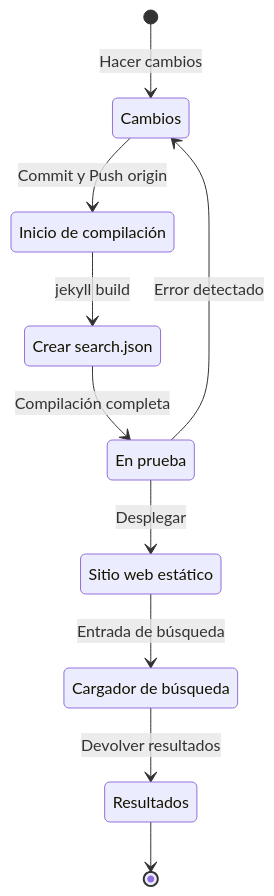
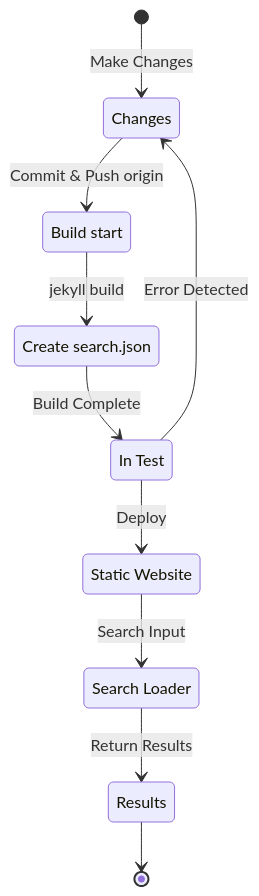
One commit to yunseo-kim/yunseo-kim.github.io changed the diagram in _posts/es/2024-11-25-how-to-support-multi-language-on-jekyll-blog-with-polyglot-2.md. Above: the diagram before and after it, drawn with Mermaid. The commit also changed other lines of this file and 84 other files, not shown here.

````diff
--- a/_posts/es/2024-11-25-how-to-support-multi-language-on-jekyll-blog-with-polyglot-2.md
+++ b/_posts/es/2024-11-25-how-to-support-multi-language-on-jekyll-blog-with-polyglot-2.md
@@ -326,20 +321,20 @@
 ```mermaid
 stateDiagram
-  state "Cambios" as CH
-  state "Inicio de compilación" as BLD
-  state "Crear search.json" as IDX
-  state "Sitio web estático" as DEP
-  state "En prueba" as TST
-  state "Cargador de búsqueda" as SCH
-  state "Resultados" as R
+  state "Changes" as CH
+  state "Build start" as BLD
+  state "Create search.json" as IDX
+  state "Static Website" as DEP
+  state "In Test" as TST
+  state "Search Loader" as SCH
+  state "Results" as R
     
-  [*] --> CH: Hacer cambios
-  CH --> BLD: Commit y Push origin
+  [*] --> CH: Make Changes
+  CH --> BLD: Commit & Push origin
   BLD --> IDX: jekyll build
-  IDX --> TST: Compilación completa
-  TST --> CH: Error detectado
-  TST --> DEP: Desplegar
-  DEP --> SCH: Entrada de búsqueda
-  SCH --> R: Devolver resultados
+  IDX --> TST: Build Complete
+  TST --> CH: Error Detected
+  TST --> DEP: Deploy
+  DEP --> SCH: Search Input
+  SCH --> R: Return Results
   R --> [*]
 ```
````
